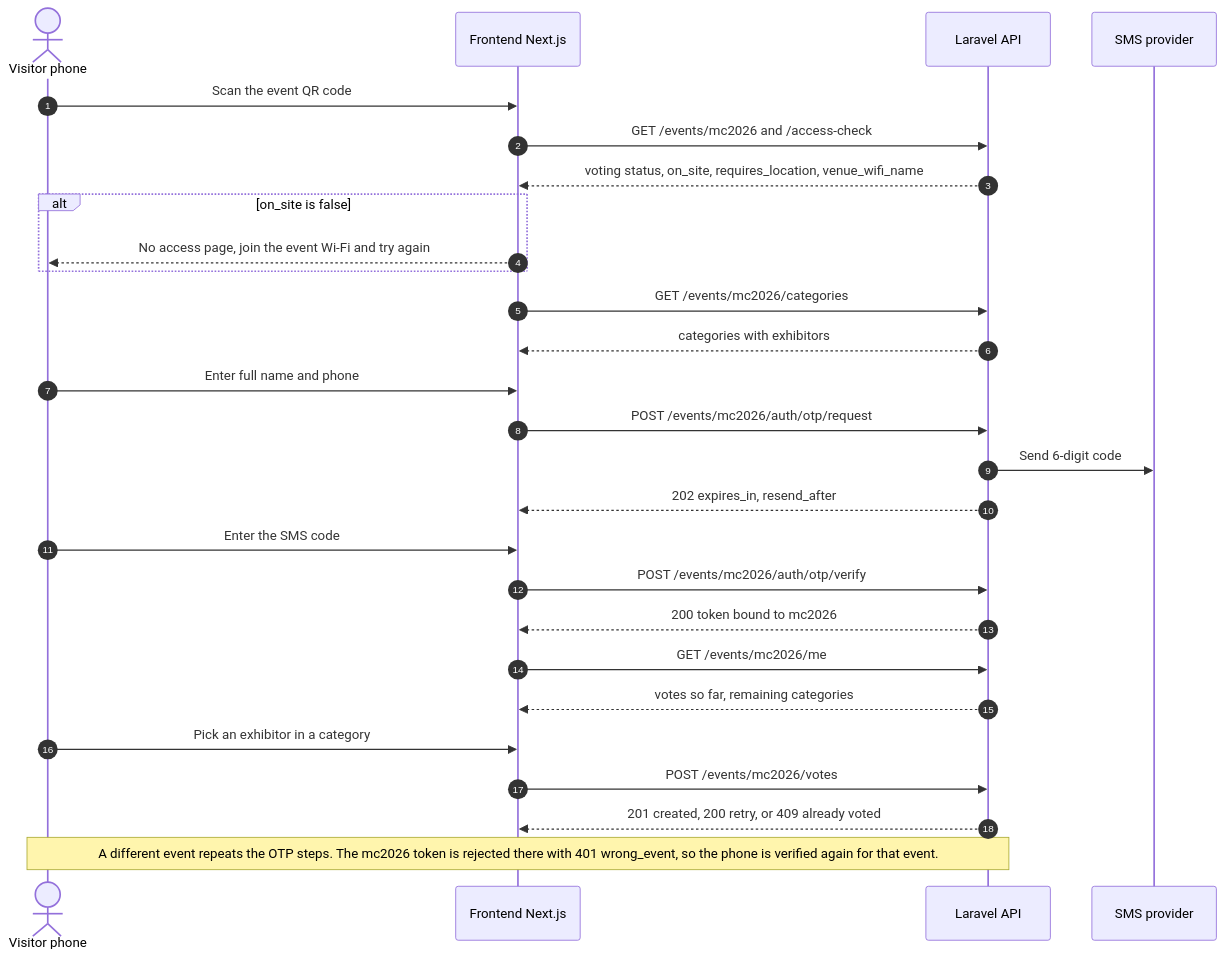
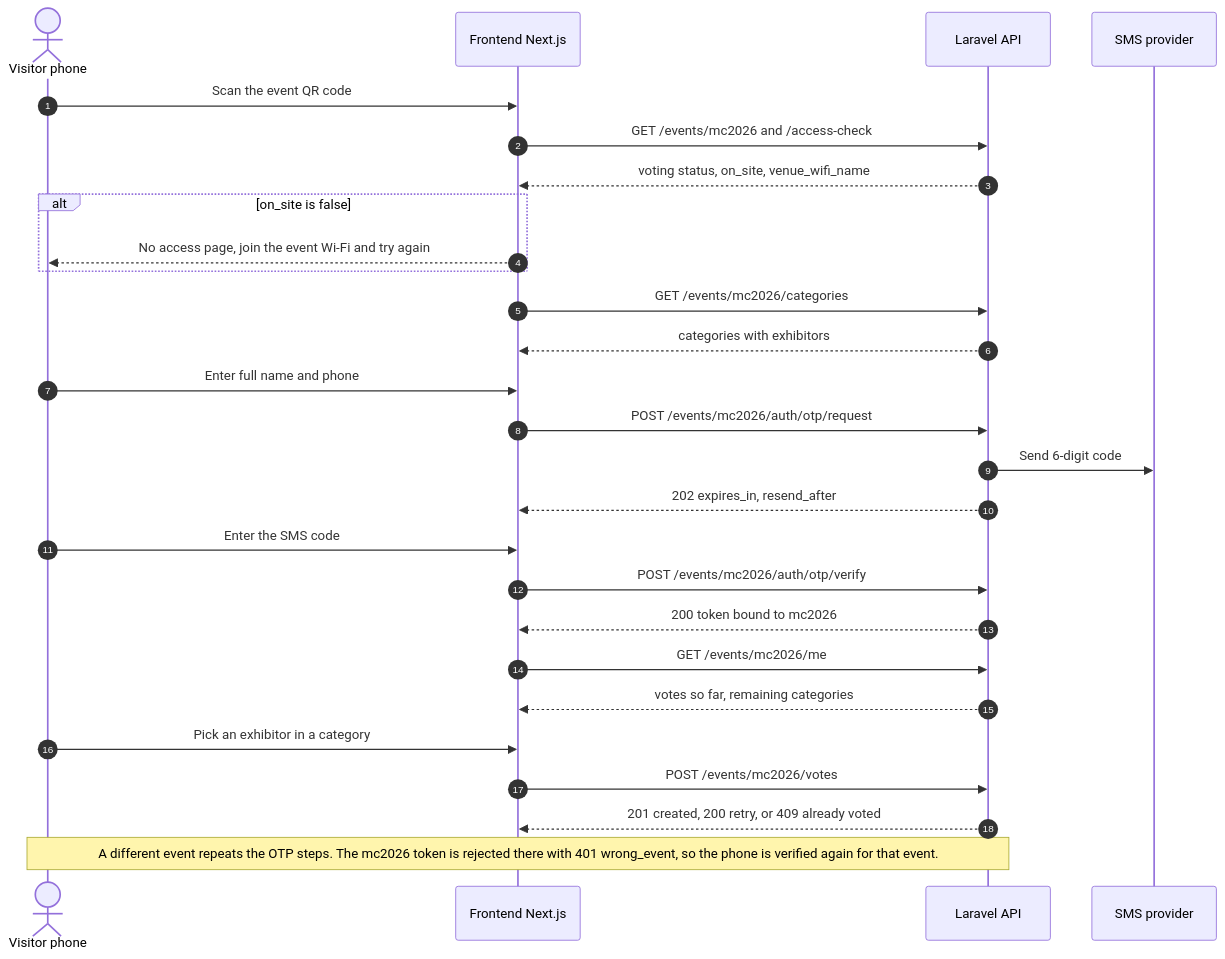
The diagram in docs/03-api-contract.md (opadasaleh/mc2026-voting), drawn with Mermaid before and after one commit. The commit also changed other lines of this file and 23 other files, not shown here.

````diff
--- a/docs/03-api-contract.md
+++ b/docs/03-api-contract.md
@@ -139,30 +137,30 @@
 ```mermaid
 sequenceDiagram
     autonumber
     actor V as Visitor phone
     participant F as Frontend Next.js
     participant A as Laravel API
     participant S as SMS provider
 
     V->>F: Scan the event QR code
     F->>A: GET /events/mc2026 and /access-check
-    A-->>F: voting status, on_site, requires_location, venue_wifi_name
+    A-->>F: voting status, on_site, venue_wifi_name
     alt on_site is false
         F-->>V: No access page, join the event Wi-Fi and try again
     end
     F->>A: GET /events/mc2026/categories
     A-->>F: categories with exhibitors
     V->>F: Enter full name and phone
     F->>A: POST /events/mc2026/auth/otp/request
     A->>S: Send 6-digit code
     A-->>F: 202 expires_in, resend_after
     V->>F: Enter the SMS code
     F->>A: POST /events/mc2026/auth/otp/verify
     A-->>F: 200 token bound to mc2026
     F->>A: GET /events/mc2026/me
     A-->>F: votes so far, remaining categories
     V->>F: Pick an exhibitor in a category
     F->>A: POST /events/mc2026/votes
     A-->>F: 201 created, 200 retry, or 409 already voted
     Note over V,A: A different event repeats the OTP steps. The mc2026 token is rejected there with 401 wrong_event, so the phone is verified again for that event.
 ```
````
